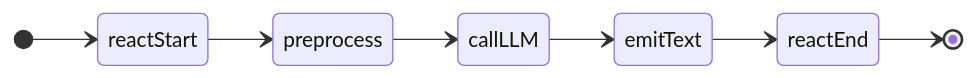
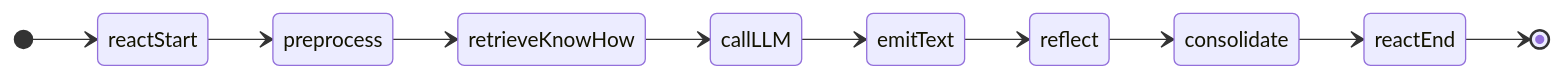
The second of 3 diagrams in docs/koog-strategy-graph.md (Tianea2160/secretary), drawn with Mermaid before and after one commit. The commit also changed other lines of this file and 28 other files, not shown here.

First line of the commit message:
feat(agent): introduce know-how reflection and consolidation pipeline

````diff
--- a/docs/koog-strategy-graph.md
+++ b/docs/koog-strategy-graph.md
@@ -148,10 +148,13 @@
 ```mermaid
 stateDiagram-v2
     direction LR
     [*] --> reactStart
     reactStart --> preprocess
-    preprocess --> callLLM
+    preprocess --> retrieveKnowHow
+    retrieveKnowHow --> callLLM
     callLLM --> emitText
-    emitText --> reactEnd
+    emitText --> reflect
+    reflect --> consolidate
+    consolidate --> reactEnd
     reactEnd --> [*]
 ```
````
